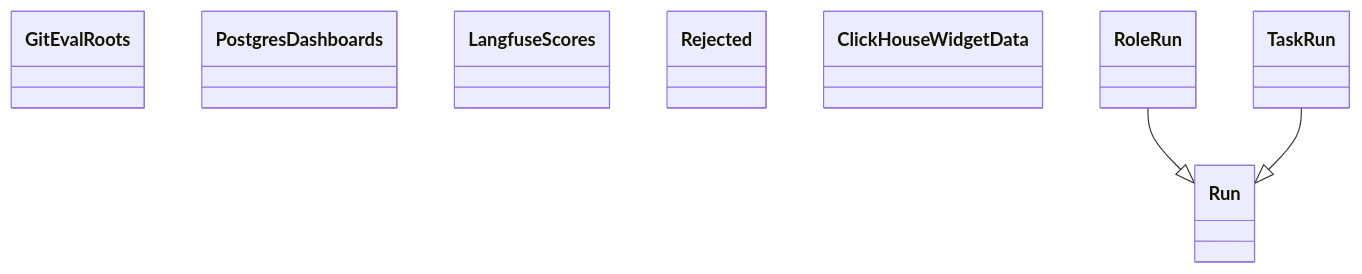
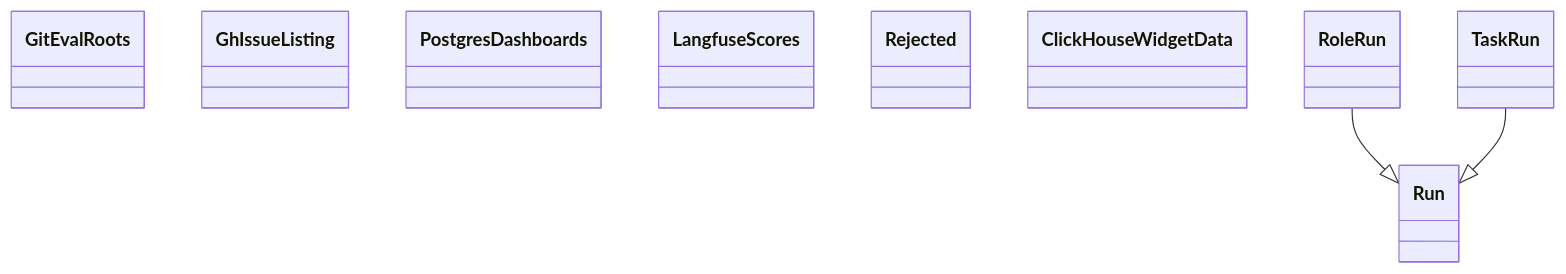
Before and after one commit to GonzaloZevallos/agentic-system: the diagram in docs/architecture/generated/classes-measurement-adapters-all.md, drawn with Mermaid. The commit also changed 12 other files, not shown here.

Commit message:
Keep times_for out of the measurement domain page, which is at its edge budget, and commit the regenerated architecture pages

````diff
--- a/docs/architecture/generated/classes-measurement-adapters-all.md
+++ b/docs/architecture/generated/classes-measurement-adapters-all.md
@@ -5,13 +5,14 @@
 ```mermaid
 classDiagram
     class git__eval_roots__GitEvalRoots["GitEvalRoots"]
+    class github__issue_listing__GhIssueListing["GhIssueListing"]
     class langfuse__dashboards__PostgresDashboards["PostgresDashboards"]
     class langfuse__scores__LangfuseScores["LangfuseScores"]
     class langfuse__scores__Rejected["Rejected"]
     class langfuse__widget_data__ClickHouseWidgetData["ClickHouseWidgetData"]
     class otel__telemetry__RoleRun["RoleRun"]
     class otel__telemetry__Run["Run"]
     class otel__telemetry__TaskRun["TaskRun"]
     otel__telemetry__RoleRun --|> otel__telemetry__Run
     otel__telemetry__TaskRun --|> otel__telemetry__Run
 ```
````
